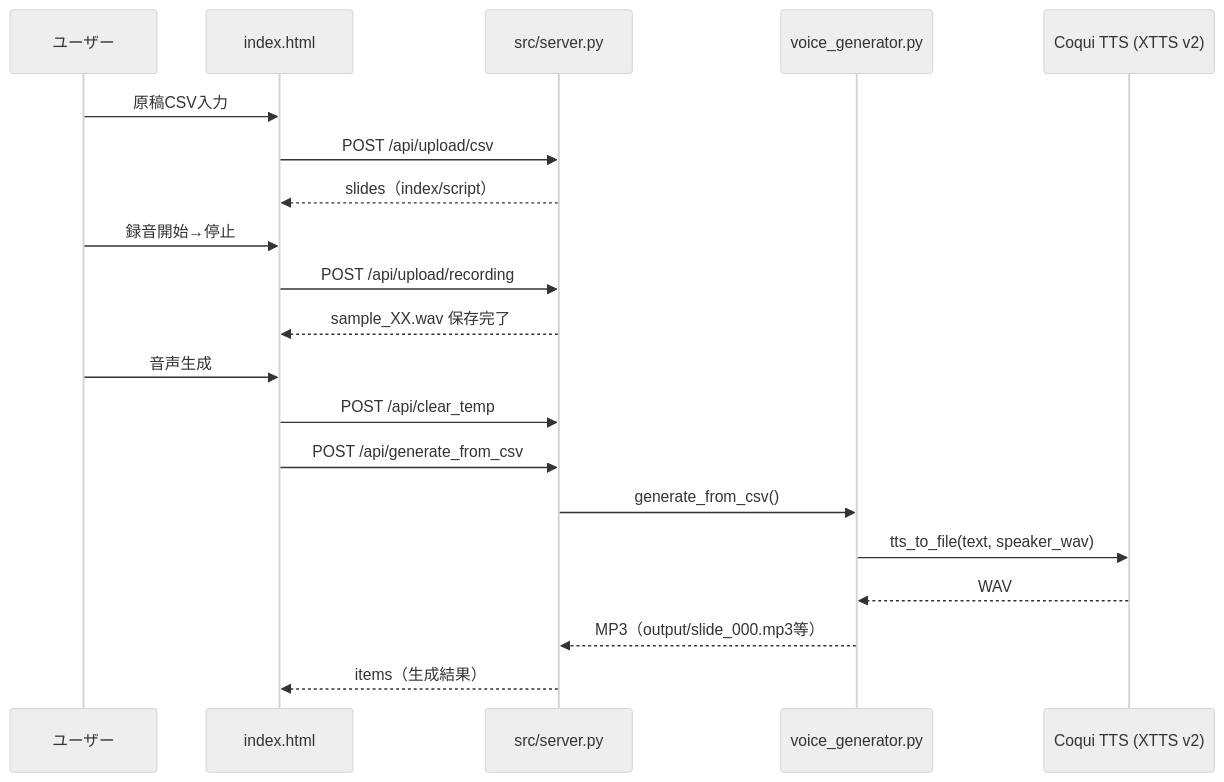
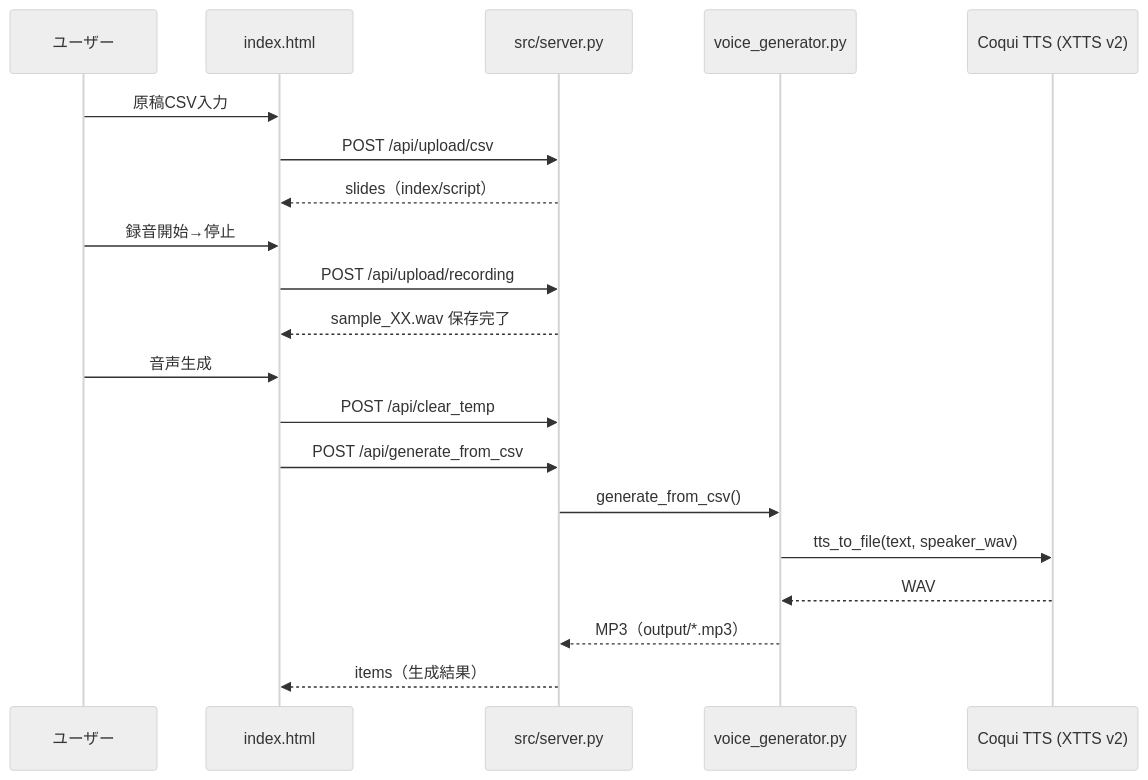
One commit to J1921604/MyVoice-Maker changed the second of 3 diagrams in specs/001-MyVoice-Maker/plan.md. Above: the diagram before and after it, drawn with Mermaid (neutral theme). The commit also changed other lines of this file and 13 other files, not shown here.

````diff
--- a/specs/001-MyVoice-Maker/plan.md
+++ b/specs/001-MyVoice-Maker/plan.md
@@ -129,25 +129,25 @@
 ```mermaid
 sequenceDiagram
     participant User as ユーザー
     participant UI as index.html
     participant Server as src/server.py
     participant VG as voice_generator.py
     participant TTS as Coqui TTS (XTTS v2)
 
     User->>UI: 原稿CSV入力
     UI->>Server: POST /api/upload/csv
     Server-->>UI: slides（index/script）
 
     User->>UI: 録音開始→停止
     UI->>Server: POST /api/upload/recording
     Server-->>UI: sample_XX.wav 保存完了
 
     User->>UI: 音声生成
     UI->>Server: POST /api/clear_temp
     UI->>Server: POST /api/generate_from_csv
     Server->>VG: generate_from_csv()
     VG->>TTS: tts_to_file(text, speaker_wav)
     TTS-->>VG: WAV
-    VG-->>Server: MP3（output/slide_000.mp3等）
+    VG-->>Server: MP3（output/*.mp3）
     Server-->>UI: items（生成結果）
 ```
````
